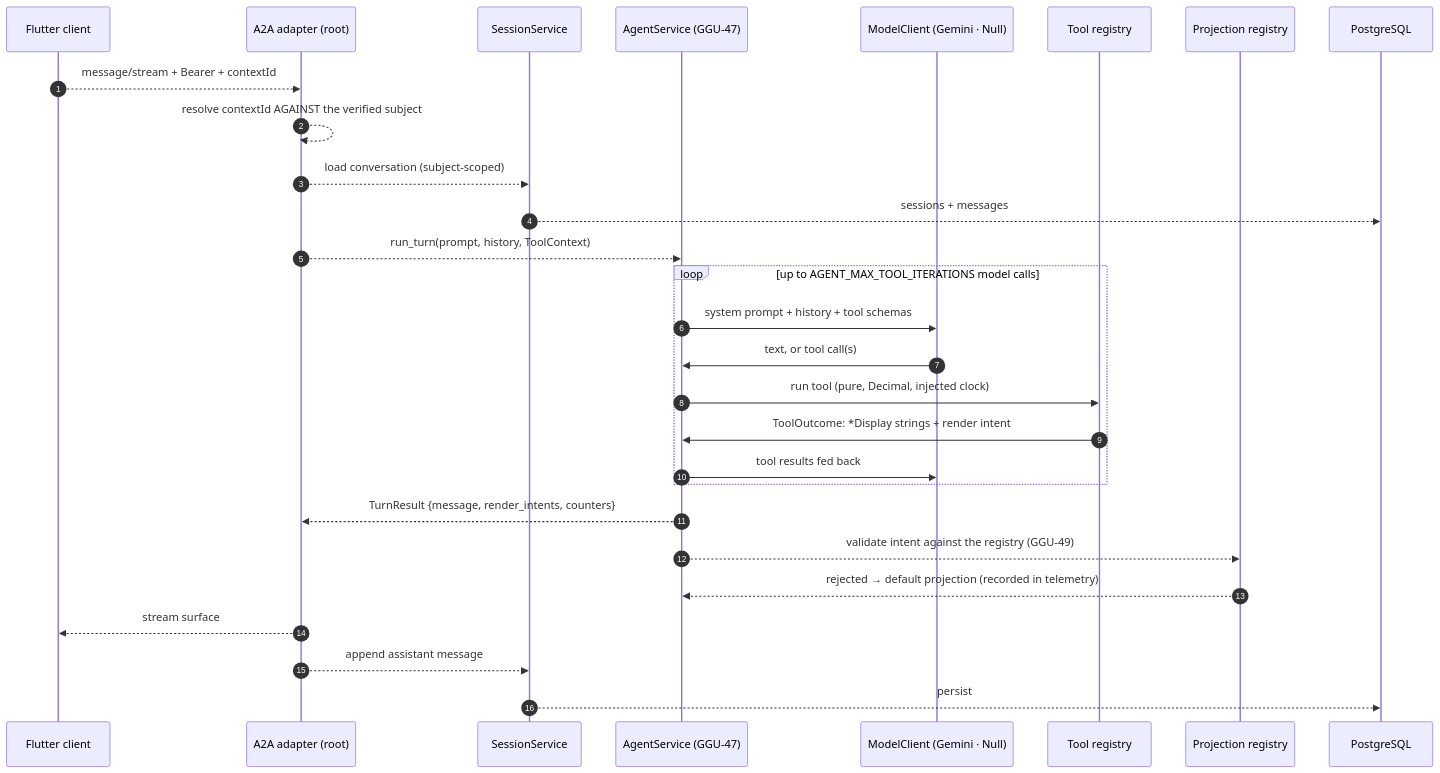
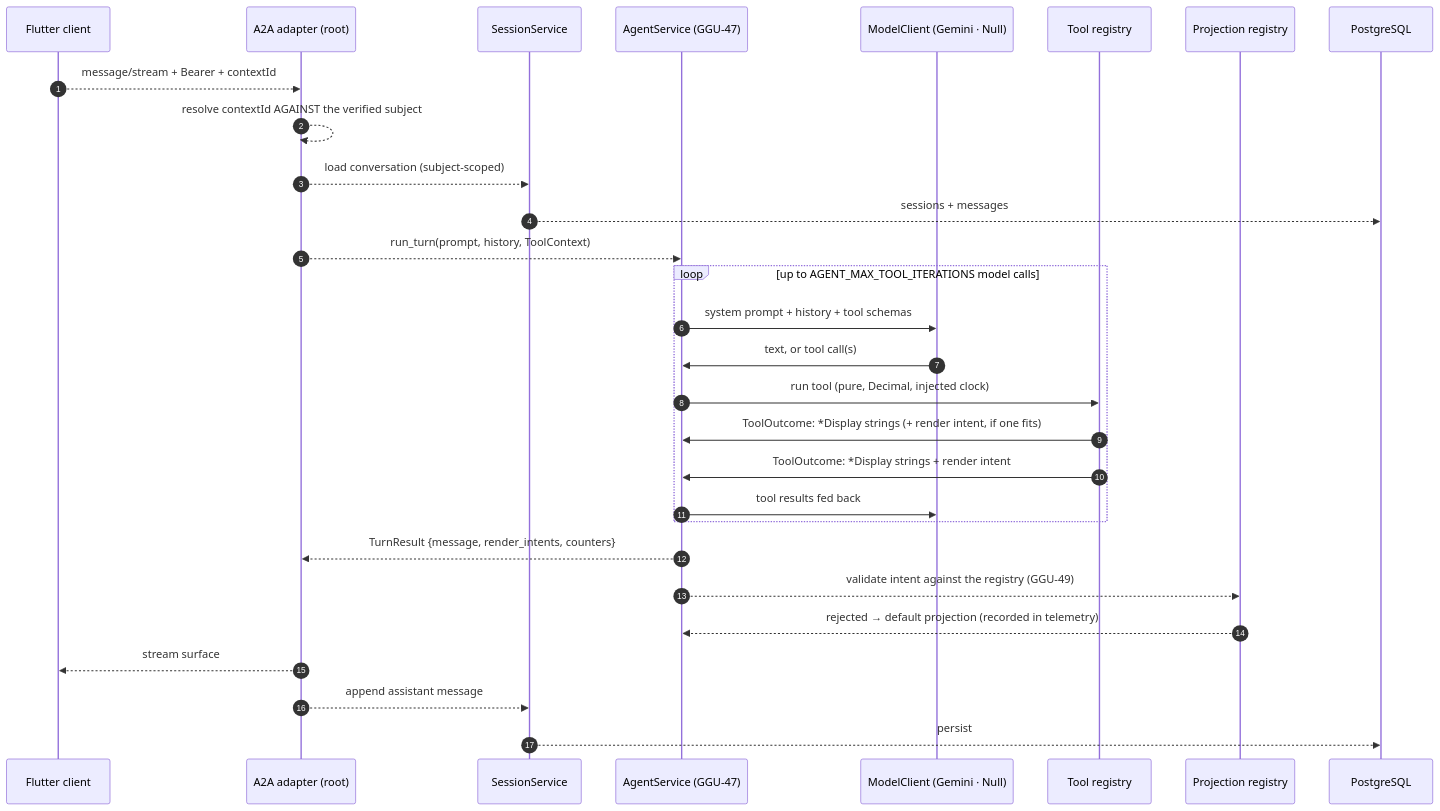
The diagram in docs/diagrams/05-agent-turn.md (somnio-projects/finance-google-a2ui), drawn with Mermaid before and after one commit. The commit also changed 17 other files, not shown here.

````diff
--- a/docs/diagrams/05-agent-turn.md
+++ b/docs/diagrams/05-agent-turn.md
@@ -12,39 +12,43 @@
 ```mermaid
 sequenceDiagram
     autonumber
     participant C as Flutter client
     participant A as A2A adapter (root)
     participant S as SessionService
     participant H as AgentService (GGU-47)
     participant M as ModelClient (Gemini · Null)
     participant T as Tool registry
     participant P as Projection registry
     participant DB as PostgreSQL
 
     C-->>A: message/stream + Bearer + contextId
     A-->>A: resolve contextId AGAINST the verified subject
     A-->>S: load conversation (subject-scoped)
     S-->>DB: sessions + messages
     A-->>H: run_turn(prompt, history, ToolContext)
 
     loop up to AGENT_MAX_TOOL_ITERATIONS model calls
         H->>M: system prompt + history + tool schemas
         M->>H: text, or tool call(s)
         H->>T: run tool (pure, Decimal, injected clock)
+        T->>H: ToolOutcome: *Display strings (+ render intent, if one fits)
         T->>H: ToolOutcome: *Display strings + render intent
         H->>M: tool results fed back
     end
     H-->>A: TurnResult {message, render_intents, counters}
 
     H-->>P: validate intent against the registry (GGU-49)
     P-->>H: rejected → default projection (recorded in telemetry)
     A-->>C: stream surface #1, #2 …
     A-->>S: append assistant message
     S-->>DB: persist
 
     %% Solid = shipped in GGU-47. Dashed = the surrounding tickets.
     %% A turn emits exactly one agent.turn metric and one log line:
     %% model, outcome, duration, counters — never prompt, result or subject.
     %% An unknown or raising tool becomes {"error": ...} fed back, not a failed turn.
+    %% A tool emits a render intent only when a registered projection actually
+    %% fits the answer it just produced: a filtered or re-ordered result whose
+    %% chart would contradict it carries none (spec 0011 OD-1).
     %% The model picks a view; it never invents a shape or a number.
 ```
````
